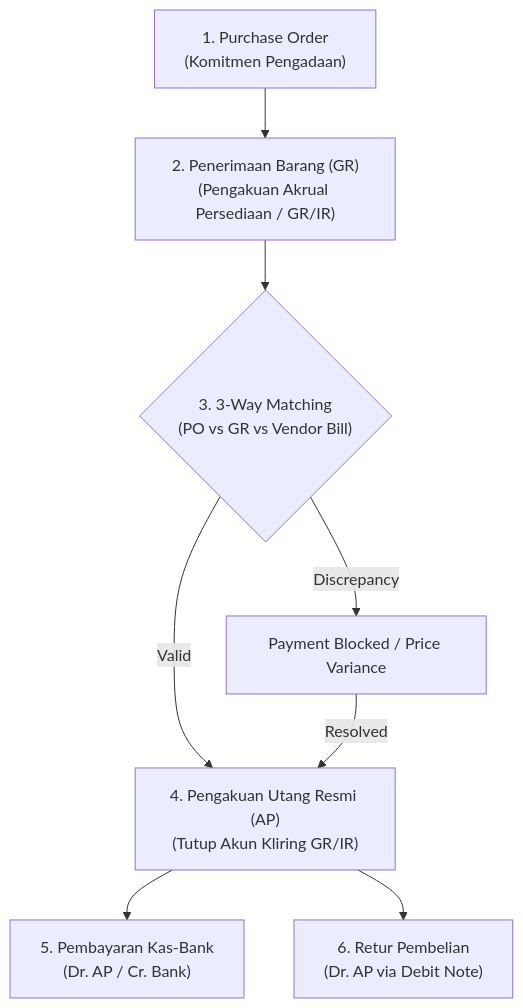
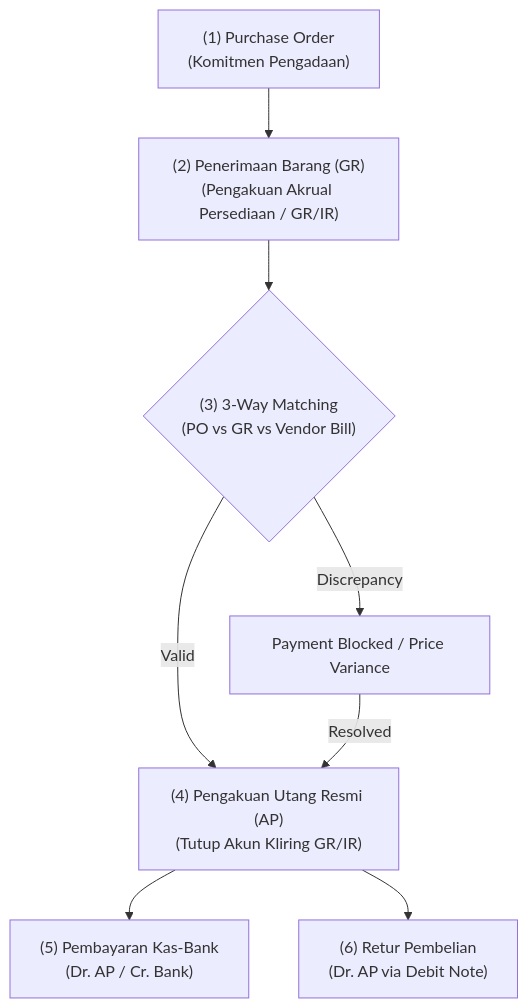
One commit to alimurrofid/erp-notes changed the diagram in content/02-accounting/accounts-payable.md. Above: the diagram before and after it, drawn with Mermaid. The commit also changed 132 other files, not shown here.

````diff
--- a/content/02-accounting/accounts-payable.md
+++ b/content/02-accounting/accounts-payable.md
@@ -19,11 +19,11 @@
 ```mermaid
 flowchart TD
-    PO["1. Purchase Order<br/>(Komitmen Pengadaan)"]
-    --> GR["2. Penerimaan Barang (GR)<br/>(Pengakuan Akrual Persediaan / GR/IR)"]
-    --> Match{"3. 3-Way Matching<br/>(PO vs GR vs Vendor Bill)"}
-    Match -->|Valid| Inv["4. Pengakuan Utang Resmi (AP)<br/>(Tutup Akun Kliring GR/IR)"]
+    PO["(1) Purchase Order<br/>(Komitmen Pengadaan)"]
+    --> GR["(2) Penerimaan Barang (GR)<br/>(Pengakuan Akrual Persediaan / GR/IR)"]
+    --> Match{"(3) 3-Way Matching<br/>(PO vs GR vs Vendor Bill)"}
+    Match -->|Valid| Inv["(4) Pengakuan Utang Resmi (AP)<br/>(Tutup Akun Kliring GR/IR)"]
     Match -->|Discrepancy| Hold["Payment Blocked / Price Variance"]
     Hold -->|Resolved| Inv
-    Inv --> Pay["5. Pembayaran Kas-Bank<br/>(Dr. AP / Cr. Bank)"]
-    Inv --> Ret["6. Retur Pembelian<br/>(Dr. AP via Debit Note)"]
+    Inv --> Pay["(5) Pembayaran Kas-Bank<br/>(Dr. AP / Cr. Bank)"]
+    Inv --> Ret["(6) Retur Pembelian<br/>(Dr. AP via Debit Note)"]
 ```
````
